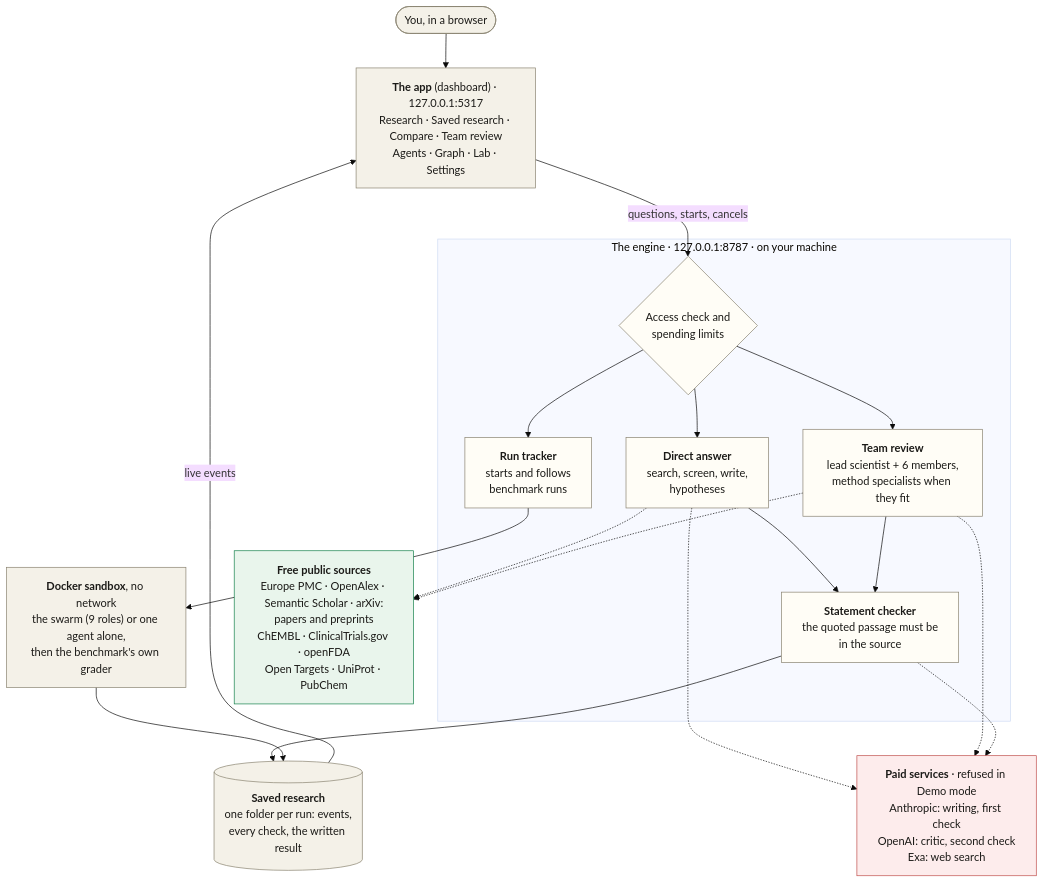
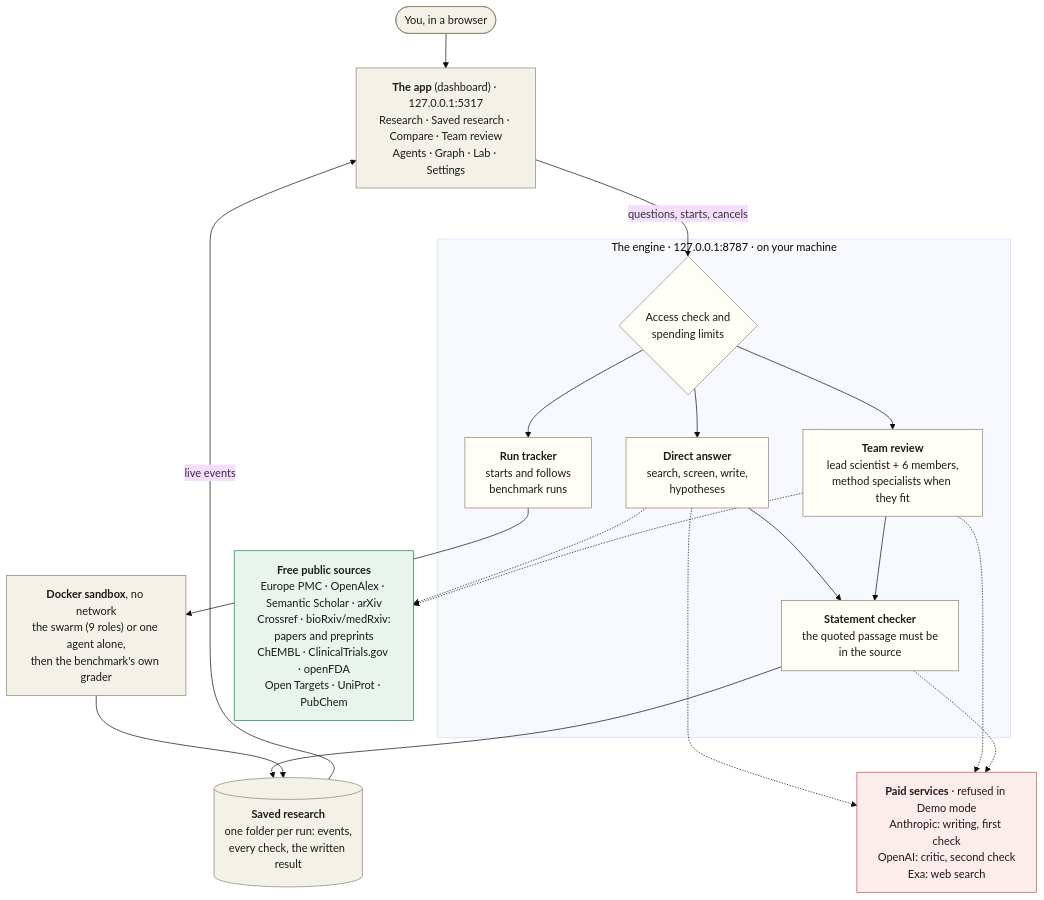
One commit to itsbrendandang/agent-test changed the diagram in README.md. Above: the diagram before and after it, drawn with Mermaid (base theme). The commit also changed other lines of this file and 12 other files, not shown here.

First line of the commit message:
research: label Crossref and bioRxiv/medRxiv and name all six literature sources

````diff
--- a/README.md
+++ b/README.md
@@ -384,44 +384,44 @@
 ```mermaid
 flowchart TB
     you(["You, in a browser"])
     app["<b>The app</b> (dashboard) · 127.0.0.1:5317<br/>Research · Saved research · Compare · Team review<br/>Agents · Graph · Lab · Settings"]
 
     subgraph engine["The engine · 127.0.0.1:8787 · on your machine"]
         gate{"Access check and<br/>spending limits"}
         answer["<b>Direct answer</b><br/>search, screen, write,<br/>hypotheses"]
         board["<b>Team review</b><br/>lead scientist + 6 members,<br/>method specialists when they fit"]
         tracker["<b>Run tracker</b><br/>starts and follows<br/>benchmark runs"]
         check["<b>Statement checker</b><br/>the quoted passage must be<br/>in the source"]
     end
 
     sandbox["<b>Docker sandbox</b>, no network<br/>the swarm (9 roles) or one agent alone,<br/>then the benchmark's own grader"]
     store[("<b>Saved research</b><br/>one folder per run: events,<br/>every check, the written result")]
     paid["<b>Paid services</b> · refused in Demo mode<br/>Anthropic: writing, first check<br/>OpenAI: critic, second check<br/>Exa: web search"]
-    free["<b>Free public sources</b><br/>Europe PMC · OpenAlex · Semantic Scholar · arXiv:<br/>papers and preprints<br/>ChEMBL · ClinicalTrials.gov · openFDA<br/>Open Targets · UniProt · PubChem"]
+    free["<b>Free public sources</b><br/>Europe PMC · OpenAlex · Semantic Scholar · arXiv<br/>Crossref · bioRxiv/medRxiv:<br/>papers and preprints<br/>ChEMBL · ClinicalTrials.gov · openFDA<br/>Open Targets · UniProt · PubChem"]
 
     you --> app
     app -- "questions, starts, cancels" --> gate
     gate --> answer
     gate --> board
     gate --> tracker
     answer --> check
     board --> check
     tracker --> sandbox
     check --> store
     sandbox --> store
     store -- "live events" --> app
     answer -.-> free
     board -.-> free
     answer -.-> paid
     board -.-> paid
     check -.-> paid
 
     classDef local fill:#f4f1e8,stroke:#8a8371,color:#1b1a17
     classDef core fill:#fffdf6,stroke:#8a8371,color:#1b1a17
     classDef paidc fill:#fdecec,stroke:#c0504d,color:#1b1a17
     classDef freec fill:#e9f5ec,stroke:#17824d,color:#1b1a17
     class you,app,store,sandbox local
     class gate,answer,board,tracker,check core
     class paid paidc
     class free freec
 ```
````
